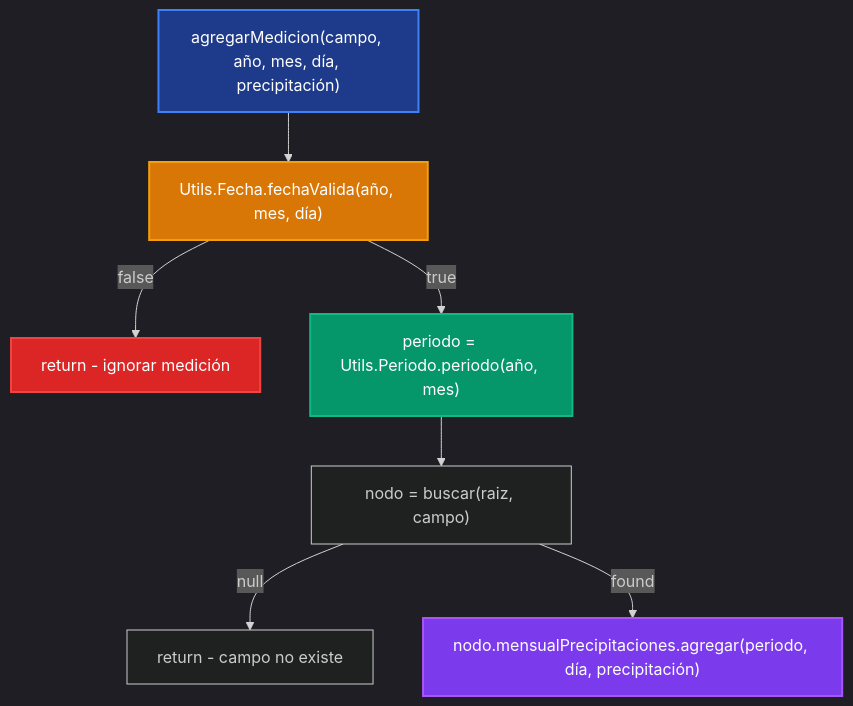
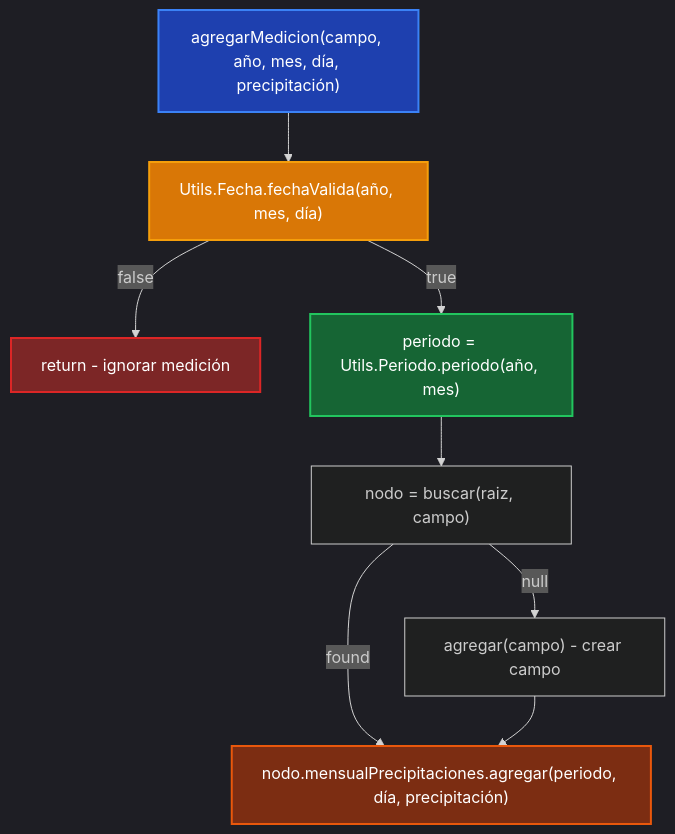
Before and after one commit to pybalt/algo2: the fourth of 16 diagrams in tp-final/README_IMPLEMENTACIONES.md, drawn with Mermaid. The commit also changed other lines of this file and 1 other file, not shown here.

````diff
--- a/tp-final/README_IMPLEMENTACIONES.md
+++ b/tp-final/README_IMPLEMENTACIONES.md
@@ -98,16 +127,17 @@
 ```mermaid
 %%{init: {'theme':'dark'}}%%
 flowchart TD
     A["agregarMedicion(campo, año, mes, día, precipitación)"] --> B["Utils.Fecha.fechaValida(año, mes, día)"]
     B -->|false| C["return - ignorar medición"]
     B -->|true| D["periodo = Utils.Periodo.periodo(año, mes)"]
     D --> E["nodo = buscar(raiz, campo)"]
-    E -->|null| F["return - campo no existe"]
+    E -->|null| F["agregar(campo) - crear campo"]
     E -->|found| G["nodo.mensualPrecipitaciones.agregar(periodo, día, precipitación)"]
+    F --> G
     
-    style A fill:#1e3a8a,stroke:#3b82f6,stroke-width:2px,color:#fff
-    style B fill:#d97706,stroke:#f59e0b,stroke-width:2px,color:#fff
-    style C fill:#dc2626,stroke:#ef4444,stroke-width:2px,color:#fff
-    style D fill:#059669,stroke:#10b981,stroke-width:2px,color:#fff
-    style G fill:#7c3aed,stroke:#a855f7,stroke-width:2px,color:#fff
+    style A fill:#1e40af,stroke:#3b82f6,stroke-width:2px,color:#ffffff
+    style B fill:#d97706,stroke:#f59e0b,stroke-width:2px,color:#ffffff
+    style C fill:#7c2626,stroke:#dc2626,stroke-width:2px,color:#ffffff
+    style D fill:#166534,stroke:#22c55e,stroke-width:2px,color:#ffffff
+    style G fill:#7c2d12,stroke:#ea580c,stroke-width:2px,color:#ffffff
 ```
````
